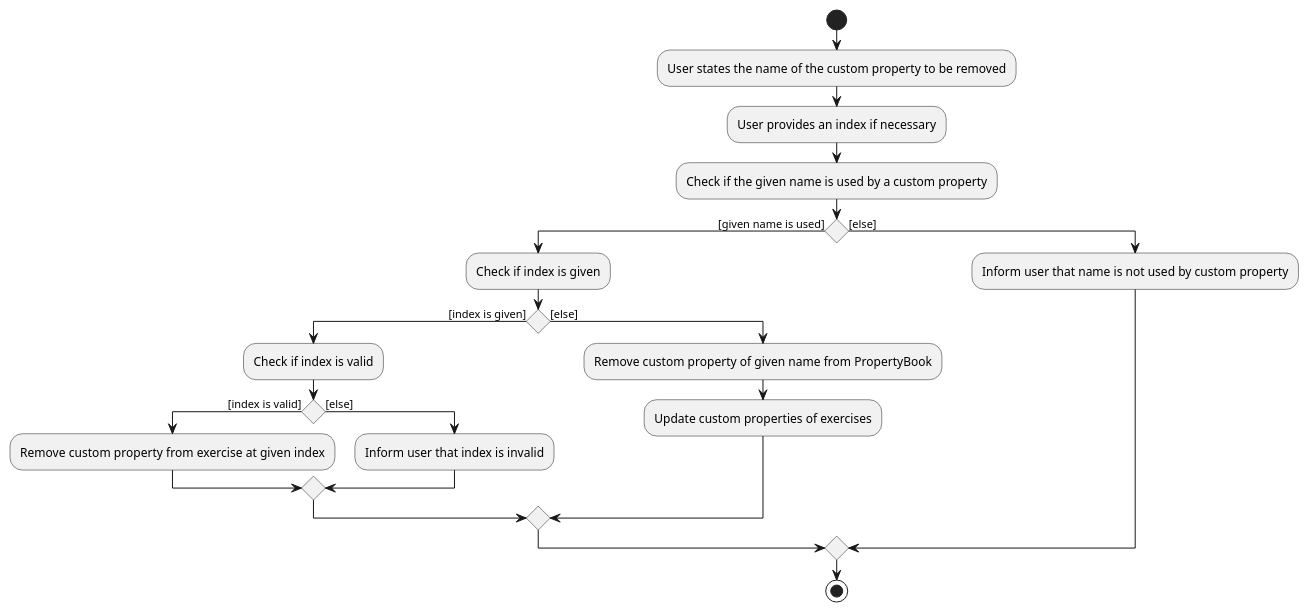
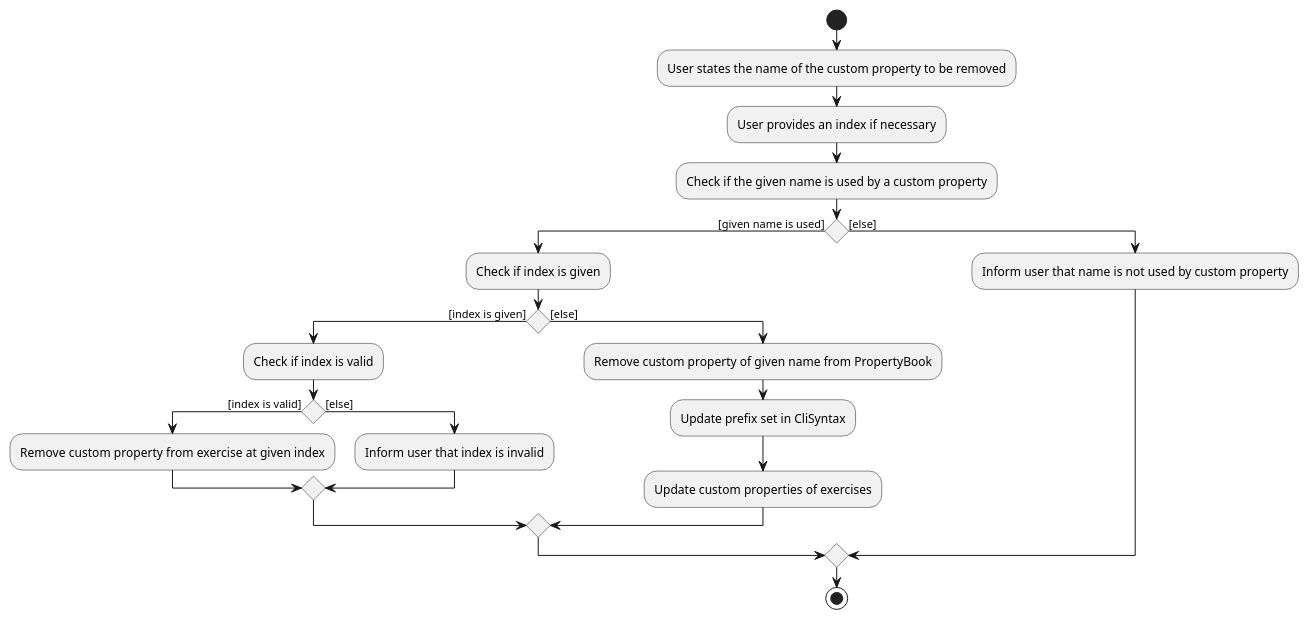
One commit to nus-cs2103-AY1920S1/addressbook-level3 changed the diagram in docs/diagrams/CustomRemoveActivityDiagram.puml. Above: the diagram before and after it, drawn with PlantUML. The commit also changed 83 other files, not shown here.

```diff
--- a/docs/diagrams/CustomRemoveActivityDiagram.puml
+++ b/docs/diagrams/CustomRemoveActivityDiagram.puml
@@ -1,28 +1,29 @@
 @startuml
 start
 
 :User states the name of the custom property to be removed;
 
 :User provides an index if necessary;
 
 :Check if the given name is used by a custom property;
 
 if () then ([given name is used])
     :Check if index is given;
         if () then([index is given])
         :Check if index is valid;
             if () then([index is valid])
                 :Remove custom property from exercise at given index;
             else ([else])
                 :Inform user that index is invalid;
             endif
         else ([else])
             :Remove custom property of given name from PropertyBook;
+            :Update prefix set in CliSyntax;
             :Update custom properties of exercises;
         endif
 else ([else])
     :Inform user that name is not used by custom property;
 endif
 
 stop
 @enduml
```
